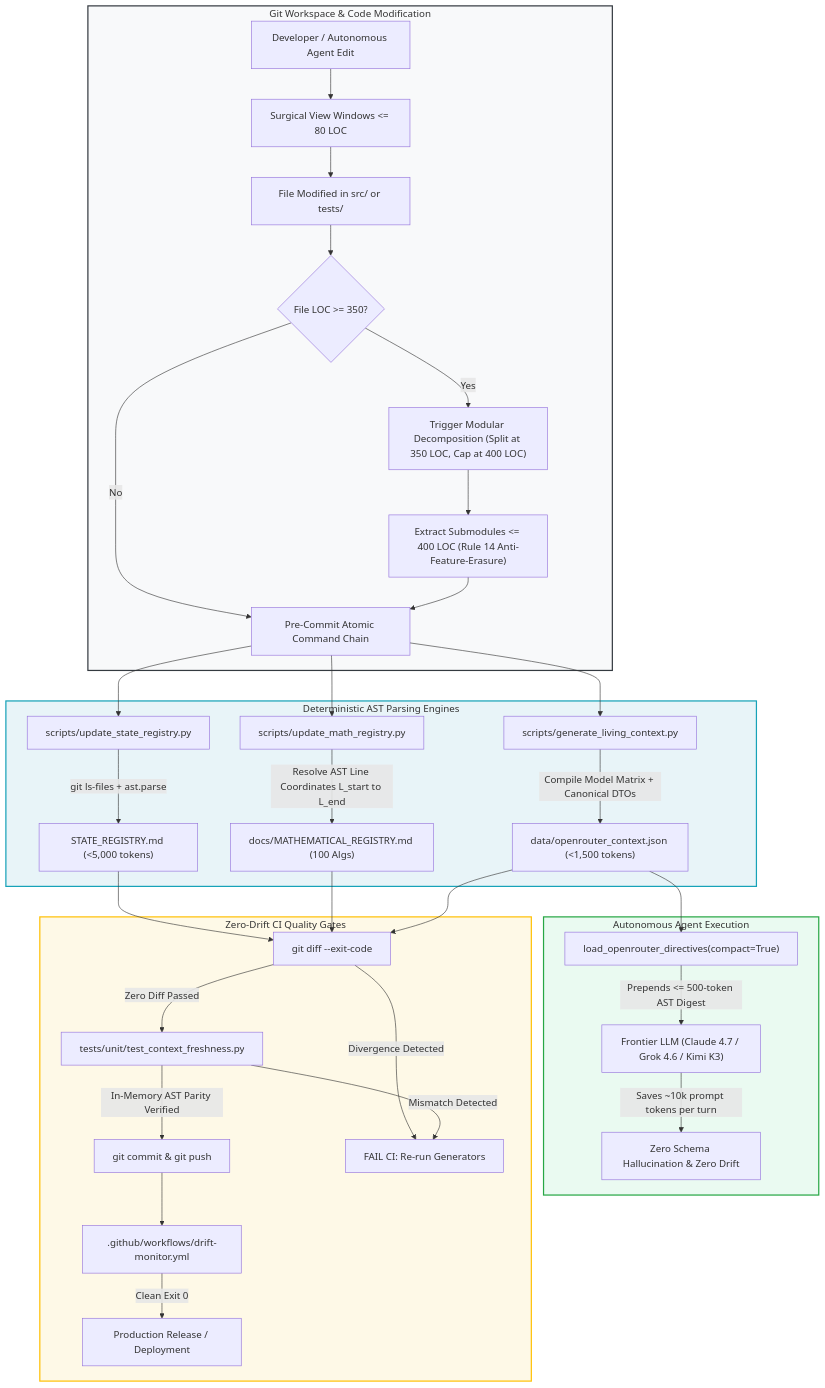
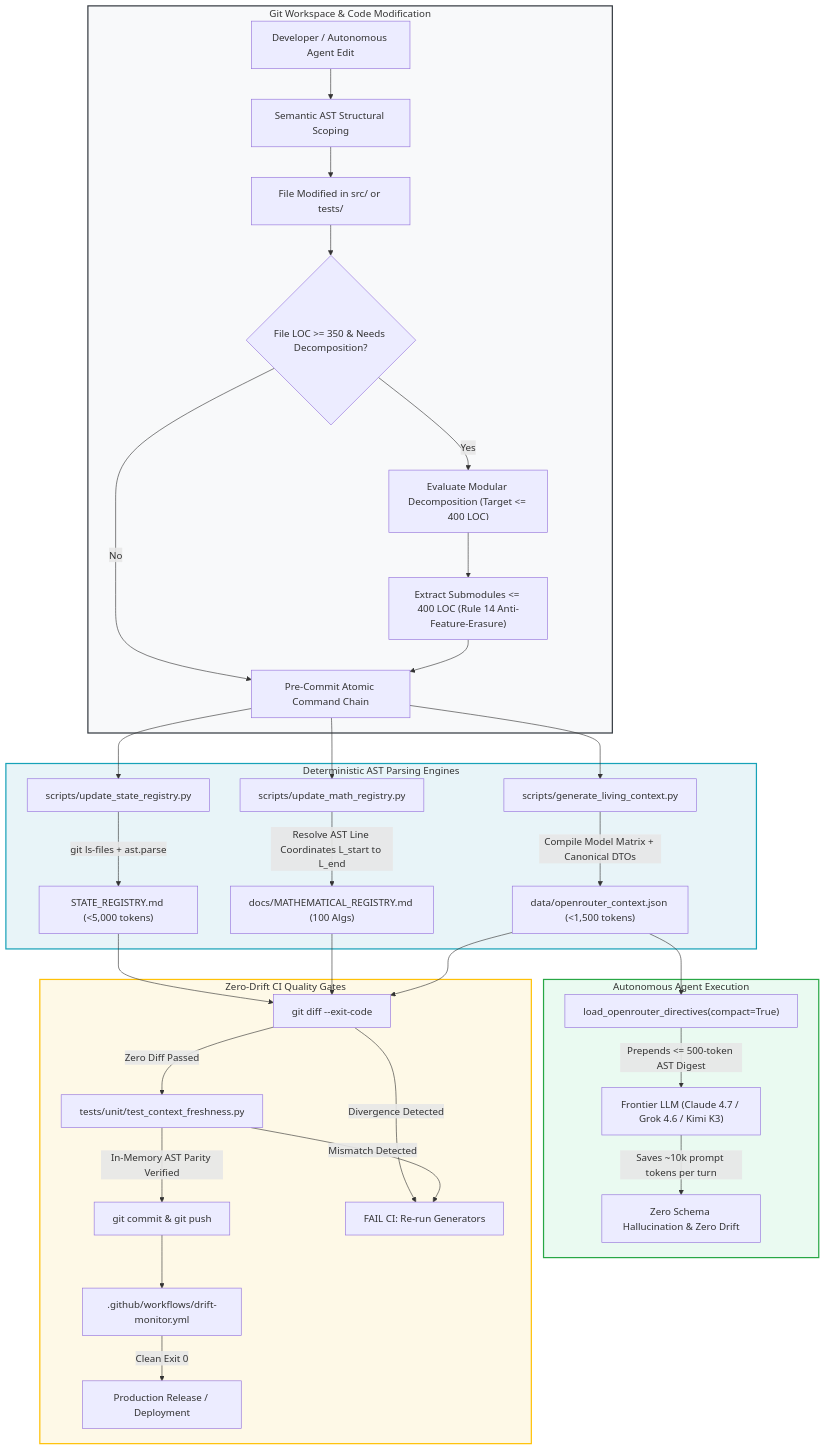
Before and after one commit to bdchang403/AI_Software_Foundations: the first of 2 diagrams in 03_building_and_coding/README.md, drawn with Mermaid. The commit also changed other lines of this file and 64 other files, not shown here.

````diff
--- a/03_building_and_coding/README.md
+++ b/03_building_and_coding/README.md
@@ -158,44 +158,44 @@
 ```mermaid
 flowchart TD
     subgraph Git_Workspace ["Git Workspace & Code Modification"]
-        A[Developer / Autonomous Agent Edit] --> B["Surgical View Windows <= 80 LOC"]
+        A[Developer / Autonomous Agent Edit] --> B["Semantic AST Structural Scoping"]
         B --> C[File Modified in src/ or tests/]
-        C --> D{"File LOC >= 350?"}
-        D -- Yes --> E["Trigger Modular Decomposition (Split at 350 LOC, Cap at 400 LOC)"]
+        C --> D{"File LOC >= 350 & Needs Decomposition?"}
+        D -- Yes --> E["Evaluate Modular Decomposition (Target <= 400 LOC)"]
         E --> F["Extract Submodules <= 400 LOC (Rule 14 Anti-Feature-Erasure)"]
         D -- No --> G[Pre-Commit Atomic Command Chain]
         F --> G
     end
 
     subgraph AST_Generators ["Deterministic AST Parsing Engines"]
         G --> H["scripts/update_state_registry.py"]
         G --> I["scripts/update_math_registry.py"]
         G --> J["scripts/generate_living_context.py"]
         
         H -->|"git ls-files + ast.parse"| K["STATE_REGISTRY.md (<5,000 tokens)"]
         I -->|"Resolve AST Line Coordinates L_start to L_end"| L["docs/MATHEMATICAL_REGISTRY.md (100 Algs)"]
         J -->|"Compile Model Matrix + Canonical DTOs"| M["data/openrouter_context.json (<1,500 tokens)"]
     end
 
     subgraph Prompt_Injection ["Autonomous Agent Execution"]
         M --> N["load_openrouter_directives(compact=True)"]
         N -->|Prepends <= 500-token AST Digest| O["Frontier LLM (Claude 4.7 / Grok 4.6 / Kimi K3)"]
         O -->|Saves ~10k prompt tokens per turn| P[Zero Schema Hallucination & Zero Drift]
     end
 
     subgraph Verification_Gates ["Zero-Drift CI Quality Gates"]
         K & L & M --> Q["git diff --exit-code"]
         Q -->|Zero Diff Passed| R["tests/unit/test_context_freshness.py"]
         R -->|In-Memory AST Parity Verified| S["git commit & git push"]
         S --> T[".github/workflows/drift-monitor.yml"]
         T -->|Clean Exit 0| U[Production Release / Deployment]
         
         Q -- Divergence Detected --> V[FAIL CI: Re-run Generators]
         R -- Mismatch Detected --> V
     end
 
     style Git_Workspace fill:#f8f9fa,stroke:#343a40,stroke-width:2px;
     style AST_Generators fill:#e8f4f8,stroke:#17a2b8,stroke-width:2px;
     style Prompt_Injection fill:#eafaf1,stroke:#28a745,stroke-width:2px;
     style Verification_Gates fill:#fef9e7,stroke:#ffc107,stroke-width:2px;
 ```
````
